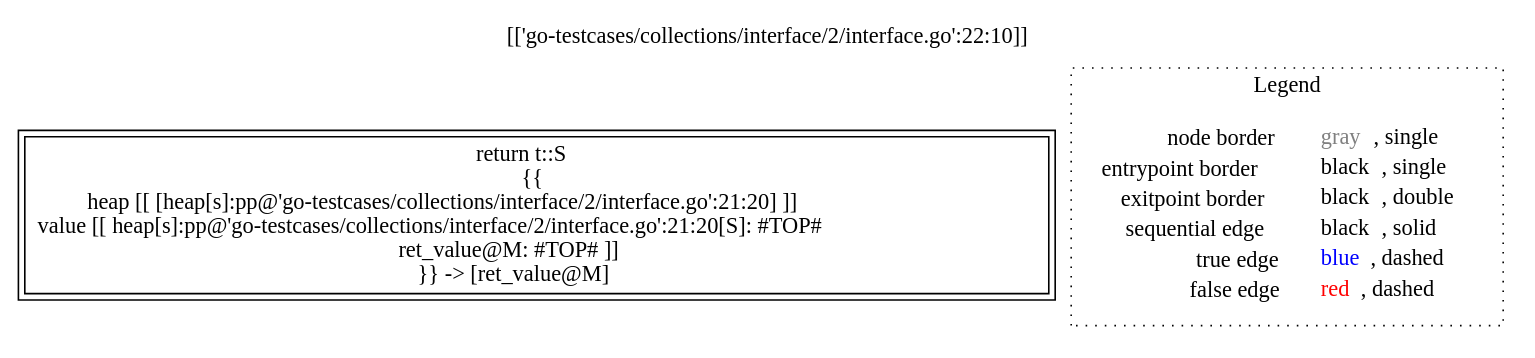
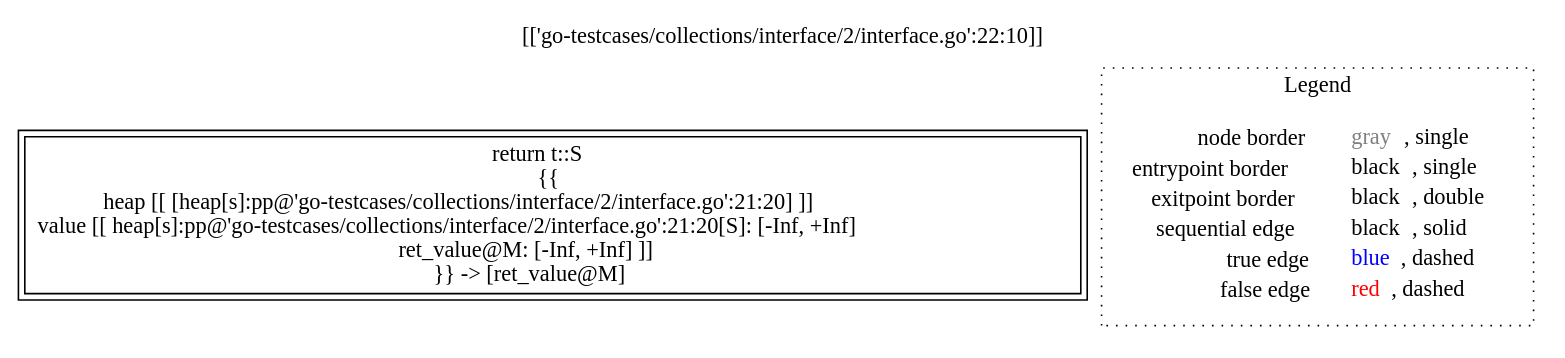
The diagram in go-lisa/go-testcases/collections/interface/2/analysis___-1113382112_string_T.M(T_t).dot (lisa-analyzer/go-lisa), drawn with Graphviz before and after one commit. The commit also changed 25 other files, not shown here.

```diff
--- a/go-lisa/go-testcases/collections/interface/2/analysis___-1113382112_string_T.M(T_t).dot
+++ b/go-lisa/go-testcases/collections/interface/2/analysis___-1113382112_string_T.M(T_t).dot
@@ -1,12 +1,12 @@
 digraph {
 	labelloc="t";
 	label="[['go-testcases/collections/interface/2/interface.go':22:10]]";
-	"node0" [shape="rect",color="black",peripheries="2",label=<return t::S<BR/>{{<BR/>heap [[ [heap[s]:pp@'go-testcases/collections/interface/2/interface.go':21:20] ]]<BR/>value [[ heap[s]:pp@'go-testcases/collections/interface/2/interface.go':21:20[S]: #TOP#<BR/>ret_value@M: #TOP# ]]<BR/>}} -&gt; [ret_value@M]>];
+	"node0" [shape="rect",color="black",peripheries="2",label=<return t::S<BR/>{{<BR/>heap [[ [heap[s]:pp@'go-testcases/collections/interface/2/interface.go':21:20] ]]<BR/>value [[ heap[s]:pp@'go-testcases/collections/interface/2/interface.go':21:20[S]: [-Inf, +Inf]<BR/>ret_value@M: [-Inf, +Inf] ]]<BR/>}} -&gt; [ret_value@M]>];
 subgraph cluster_legend {
 	label="Legend";
 	style=dotted;
 	node [shape=plaintext];
 	"legend" [label=<<table border="0" cellpadding="2" cellspacing="0" cellborder="0"><tr><td align="right">node border&nbsp;</td><td align="left"><font color="gray">gray</font>, single</td></tr><tr><td align="right">entrypoint border&nbsp;</td><td align="left"><font color="black">black</font>, single</td></tr><tr><td align="right">exitpoint border&nbsp;</td><td align="left"><font color="black">black</font>, double</td></tr><tr><td align="right">sequential edge&nbsp;</td><td align="left"><font color="black">black</font>, solid</td></tr><tr><td align="right">true edge&nbsp;</td><td align="left"><font color="blue">blue</font>, dashed</td></tr><tr><td align="right">false edge&nbsp;</td><td align="left"><font color="red">red</font>, dashed</td></tr></table>>];
 }
 
 }
```
